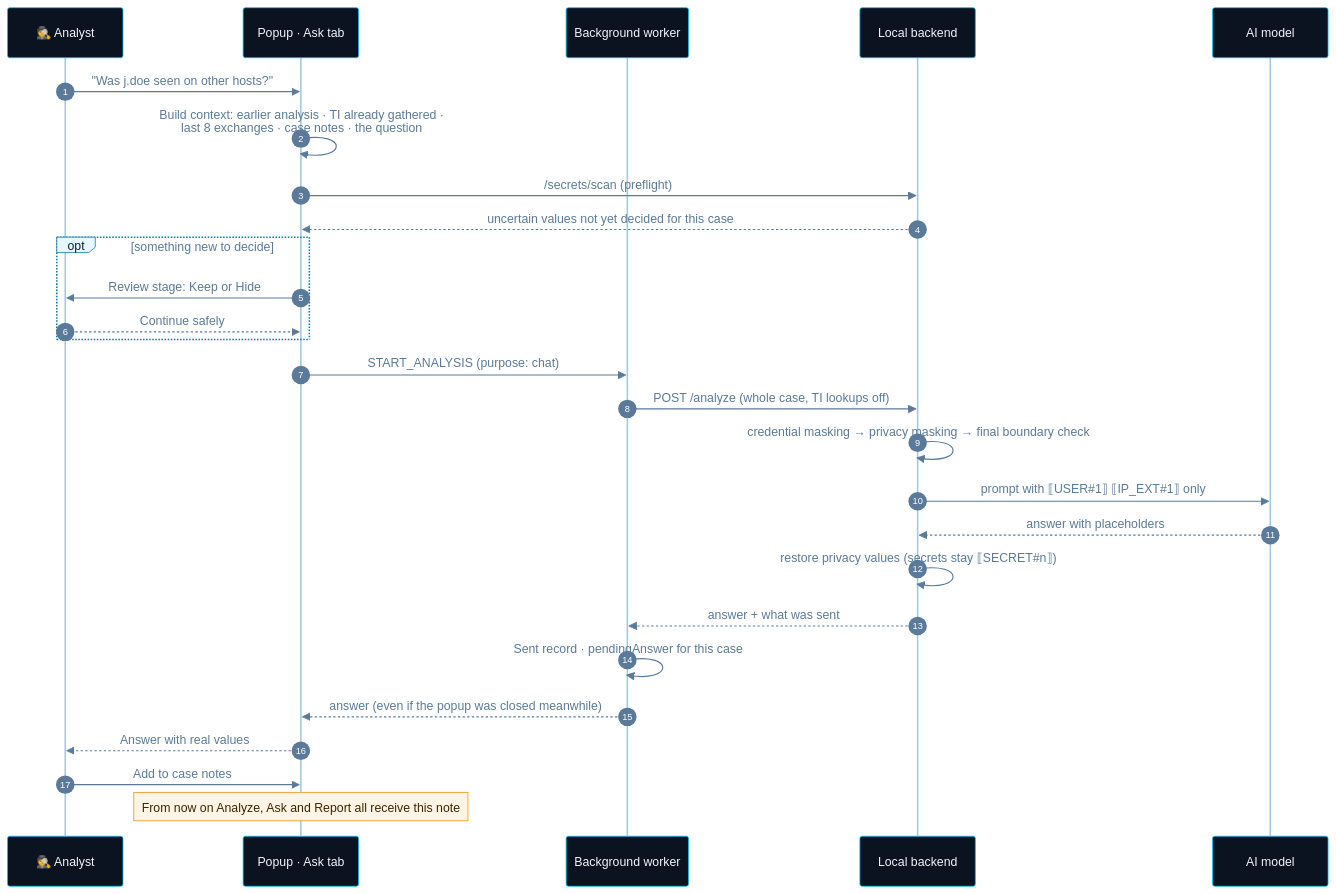
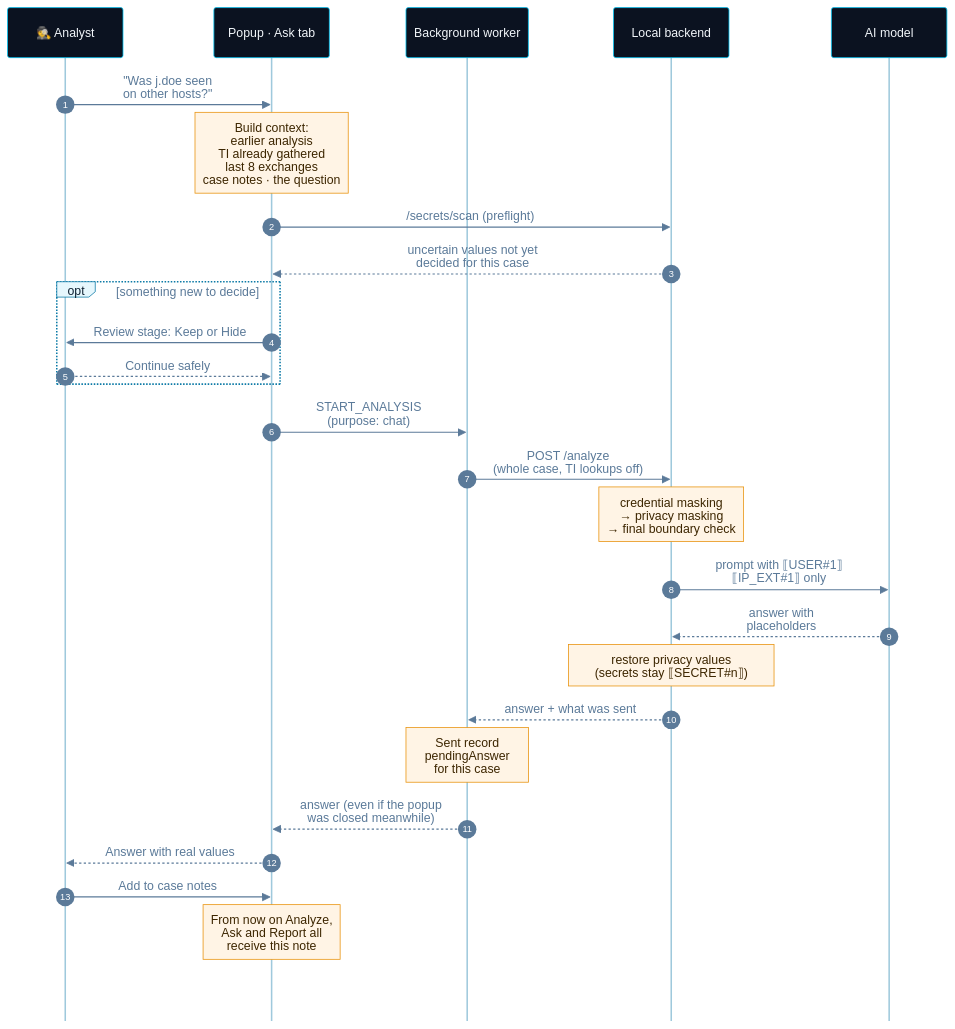
The fourth of 9 diagrams in docs/DIAGRAMS.md (aymenmarjan/veilux-soc-assistant), drawn with Mermaid before and after one commit. The commit also changed other lines of this file, not shown here.

Commit message:
docs: fix Mermaid diagram text clipping and layout

````diff
--- a/docs/DIAGRAMS.md
+++ b/docs/DIAGRAMS.md
@@ -117,31 +118,32 @@
 ```mermaid
-%%{init: {"theme":"base","themeVariables":{"actorBkg":"#0B1220","actorTextColor":"#F1F5F9","actorBorder":"#00C8F8","actorLineColor":"#9FC9DC","signalColor":"#5B7A99","signalTextColor":"#5B7A99","noteBkgColor":"#FFF4E5","noteBorderColor":"#E8920C","noteTextColor":"#3D2600","labelBoxBkgColor":"#E6F7FD","labelBoxBorderColor":"#0C7AA6","labelTextColor":"#0F2233","loopTextColor":"#5B7A99","sequenceNumberColor":"#FFFFFF"}}}%%
+%%{init: {"theme":"base","themeVariables":{"actorBkg":"#0B1220","actorTextColor":"#F1F5F9","actorBorder":"#00C8F8","actorLineColor":"#9FC9DC","signalColor":"#5B7A99","signalTextColor":"#5B7A99","noteBkgColor":"#FFF4E5","noteBorderColor":"#E8920C","noteTextColor":"#3D2600","labelBoxBkgColor":"#E6F7FD","labelBoxBorderColor":"#0C7AA6","labelTextColor":"#0F2233","loopTextColor":"#5B7A99","sequenceNumberColor":"#FFFFFF"},"sequence":{"diagramMarginY":80,"mirrorActors":false}}}%%
 sequenceDiagram
+    %% The top margin and the single row of participants keep them clear of GitHub's diagram buttons.
     autonumber
     participant A as 🕵️ Analyst
     participant P as Popup · Ask tab
     participant W as Background worker
     participant B as Local backend
     participant M as AI model
 
-    A->>P: "Was j.doe seen on other hosts?"
-    P->>P: Build context: earlier analysis · TI already gathered ·<br/>last 8 exchanges · case notes · the question
+    A->>P: "Was j.doe seen<br/>on other hosts?"
+    Note over P: Build context:<br/>earlier analysis<br/>TI already gathered<br/>last 8 exchanges<br/>case notes · the question
     P->>B: /secrets/scan (preflight)
-    B-->>P: uncertain values not yet decided for this case
+    B-->>P: uncertain values not yet<br/>decided for this case
     opt something new to decide
         P->>A: Review stage: Keep or Hide
         A-->>P: Continue safely
     end
-    P->>W: START_ANALYSIS (purpose: chat)
-    W->>B: POST /analyze (whole case, TI lookups off)
-    B->>B: credential masking → privacy masking → final boundary check
-    B->>M: prompt with ⟦USER#35;1⟧ ⟦IP_EXT#35;1⟧ only
-    M-->>B: answer with placeholders
-    B->>B: restore privacy values (secrets stay ⟦SECRET#35;n⟧)
+    P->>W: START_ANALYSIS<br/>(purpose: chat)
+    W->>B: POST /analyze<br/>(whole case, TI lookups off)
+    Note over B: credential masking<br/>→ privacy masking<br/>→ final boundary check
+    B->>M: prompt with ⟦USER#35;1⟧<br/>⟦IP_EXT#35;1⟧ only
+    M-->>B: answer with<br/>placeholders
+    Note over B: restore privacy values<br/>(secrets stay ⟦SECRET#35;n⟧)
     B-->>W: answer + what was sent
-    W->>W: Sent record · pendingAnswer for this case
-    W-->>P: answer (even if the popup was closed meanwhile)
+    Note over W: Sent record<br/>pendingAnswer<br/>for this case
+    W-->>P: answer (even if the popup<br/>was closed meanwhile)
     P-->>A: Answer with real values
     A->>P: Add to case notes
-    Note over P: From now on Analyze, Ask and Report all receive this note
+    Note over P: From now on Analyze,<br/>Ask and Report all<br/>receive this note
 ```
````
